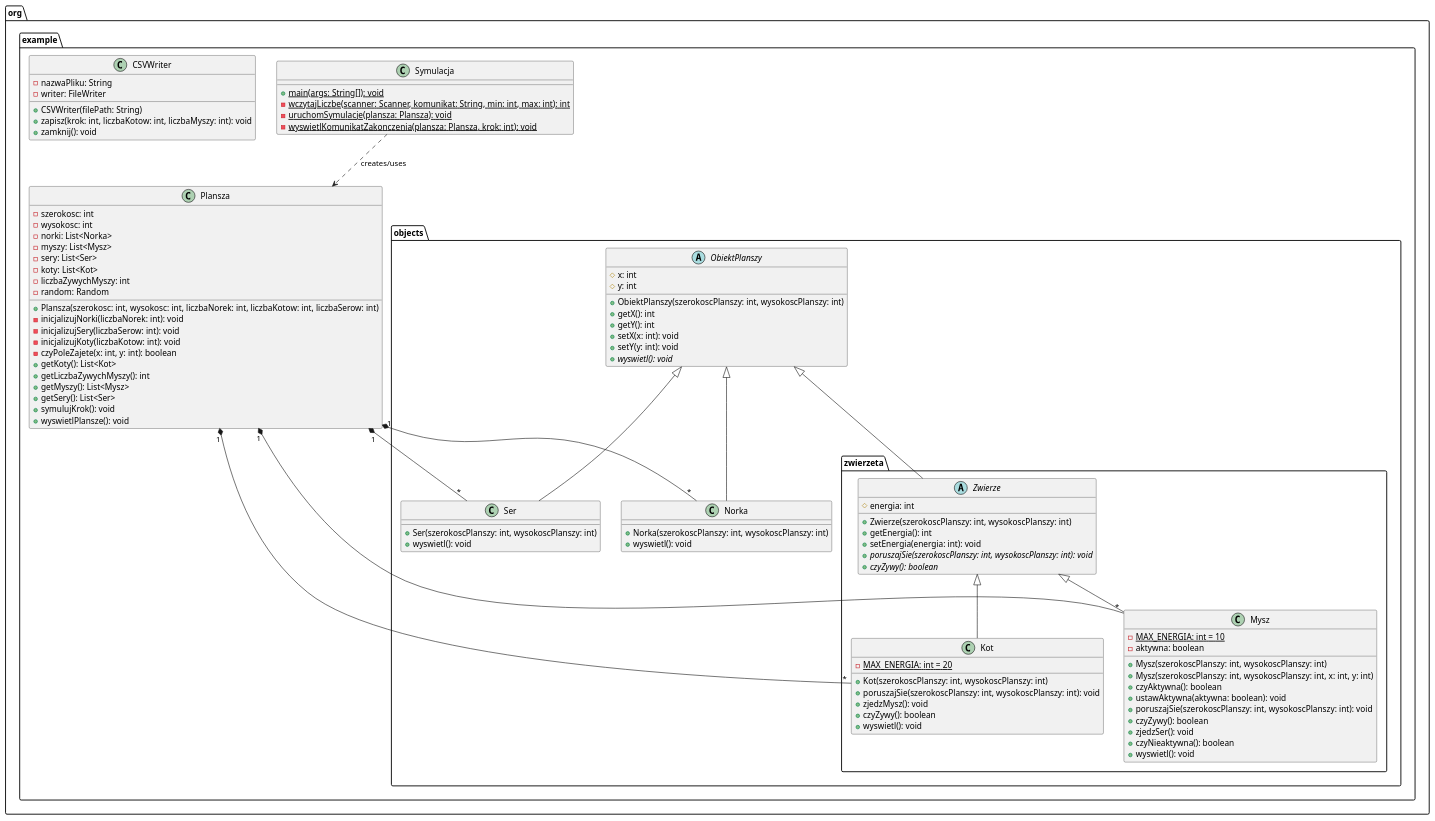
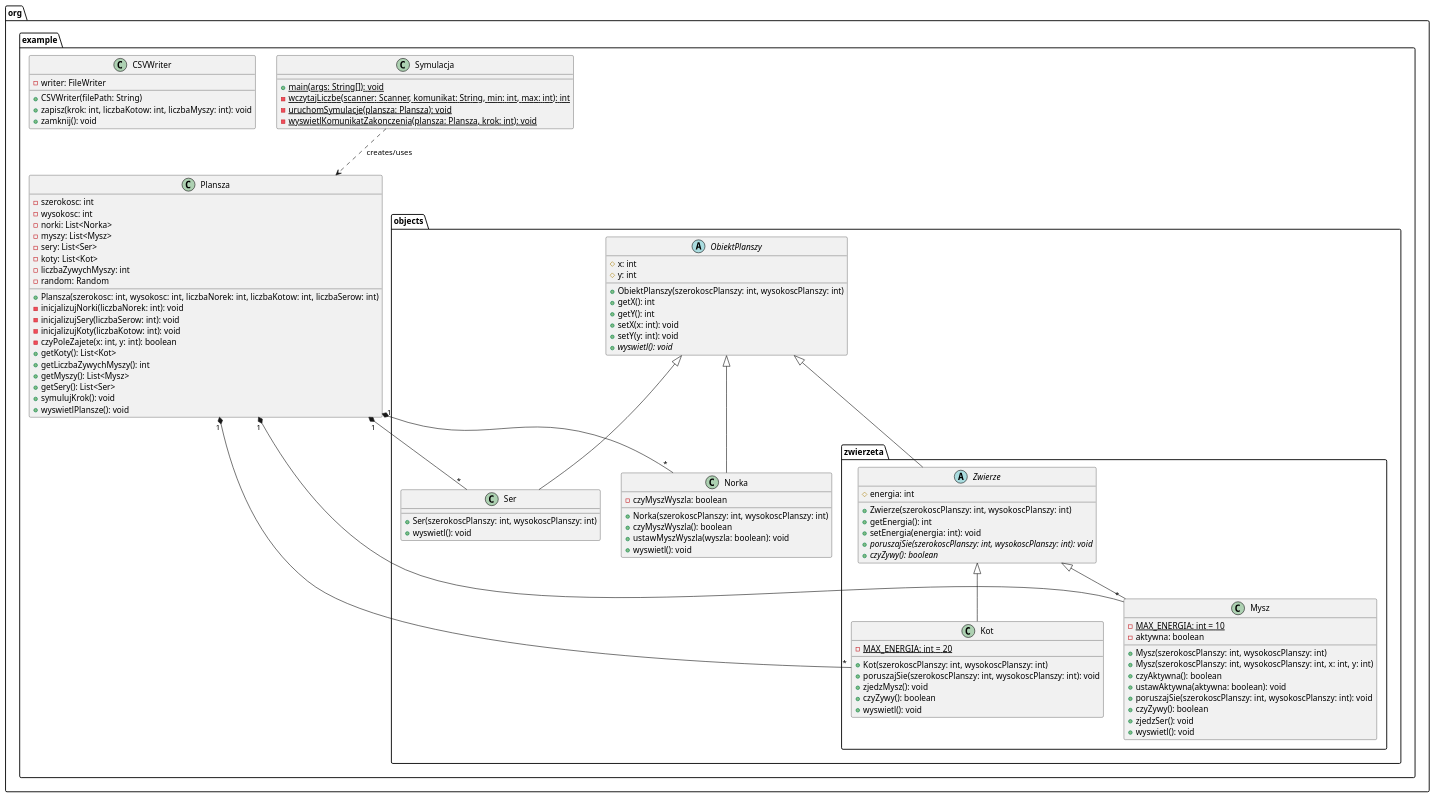
Before and after one commit to rochmir/symulacja_agentowa1: the diagram in docs/diagram_klas.puml, drawn with PlantUML. The commit also changed 1 other file, not shown here.

Commit message:
Aktualizacja diagramów klas i obiektów

```diff
--- a/docs/diagram_klas.puml
+++ b/docs/diagram_klas.puml
@@ -1,111 +1,112 @@
 @startuml
 
 package "org.example" {
   class Plansza {
     -szerokosc: int
     -wysokosc: int
     -norki: List<Norka>
     -myszy: List<Mysz>
     -sery: List<Ser>
     -koty: List<Kot>
     -liczbaZywychMyszy: int
     -random: Random
     +Plansza(szerokosc: int, wysokosc: int, liczbaNorek: int, liczbaKotow: int, liczbaSerow: int)
     -inicjalizujNorki(liczbaNorek: int): void
     -inicjalizujSery(liczbaSerow: int): void
     -inicjalizujKoty(liczbaKotow: int): void
     -czyPoleZajete(x: int, y: int): boolean
     +getKoty(): List<Kot>
     +getLiczbaZywychMyszy(): int
     +getMyszy(): List<Mysz>
     +getSery(): List<Ser>
     +symulujKrok(): void
     +wyswietlPlansze(): void
   }
 
   class Symulacja {
     +{static} main(args: String[]): void
     -{static} wczytajLiczbe(scanner: Scanner, komunikat: String, min: int, max: int): int
     -{static} uruchomSymulacje(plansza: Plansza): void
     -{static} wyswietlKomunikatZakonczenia(plansza: Plansza, krok: int): void
   }
 
   class CSVWriter {
-    -nazwaPliku: String
     -writer: FileWriter
     +CSVWriter(filePath: String)
     +zapisz(krok: int, liczbaKotow: int, liczbaMyszy: int): void
     +zamknij(): void
   }
 
 package "org.example.objects" {
   abstract class ObiektPlanszy {
     #x: int
     #y: int
     +ObiektPlanszy(szerokoscPlanszy: int, wysokoscPlanszy: int)
     +getX(): int
     +getY(): int
     +setX(x: int): void
     +setY(y: int): void
     +{abstract} wyswietl(): void
   }
 
   class Norka {
+    -czyMyszWyszla: boolean
     +Norka(szerokoscPlanszy: int, wysokoscPlanszy: int)
+    +czyMyszWyszla(): boolean
+    +ustawMyszWyszla(wyszla: boolean): void
     +wyswietl(): void
   }
 
   class Ser {
     +Ser(szerokoscPlanszy: int, wysokoscPlanszy: int)
     +wyswietl(): void
   }
 }
 
 package "org.example.objects.zwierzeta" {
   abstract class Zwierze {
     #energia: int
     +Zwierze(szerokoscPlanszy: int, wysokoscPlanszy: int)
     +getEnergia(): int
     +setEnergia(energia: int): void
     +{abstract} poruszajSie(szerokoscPlanszy: int, wysokoscPlanszy: int): void
     +{abstract} czyZywy(): boolean
   }
 
   class Kot {
     -{static} MAX_ENERGIA: int = 20
     +Kot(szerokoscPlanszy: int, wysokoscPlanszy: int)
     +poruszajSie(szerokoscPlanszy: int, wysokoscPlanszy: int): void
     +zjedzMysz(): void
     +czyZywy(): boolean
     +wyswietl(): void
   }
 
   class Mysz {
     -{static} MAX_ENERGIA: int = 10
     -aktywna: boolean
     +Mysz(szerokoscPlanszy: int, wysokoscPlanszy: int)
     +Mysz(szerokoscPlanszy: int, wysokoscPlanszy: int, x: int, y: int)
     +czyAktywna(): boolean
     +ustawAktywna(aktywna: boolean): void
     +poruszajSie(szerokoscPlanszy: int, wysokoscPlanszy: int): void
     +czyZywy(): boolean
     +zjedzSer(): void
-    +czyNieaktywna(): boolean
     +wyswietl(): void
   }
 }
 
 ObiektPlanszy <|-- Norka
 ObiektPlanszy <|-- Ser
 ObiektPlanszy <|-- Zwierze
 Zwierze <|-- Kot
 Zwierze <|-- Mysz
 
 Plansza "1" *-- "*" Norka
 Plansza "1" *-- "*" Mysz
 Plansza "1" *-- "*" Ser
 Plansza "1" *-- "*" Kot
 
 Symulacja ..> Plansza: creates/uses
 
 @enduml
```
